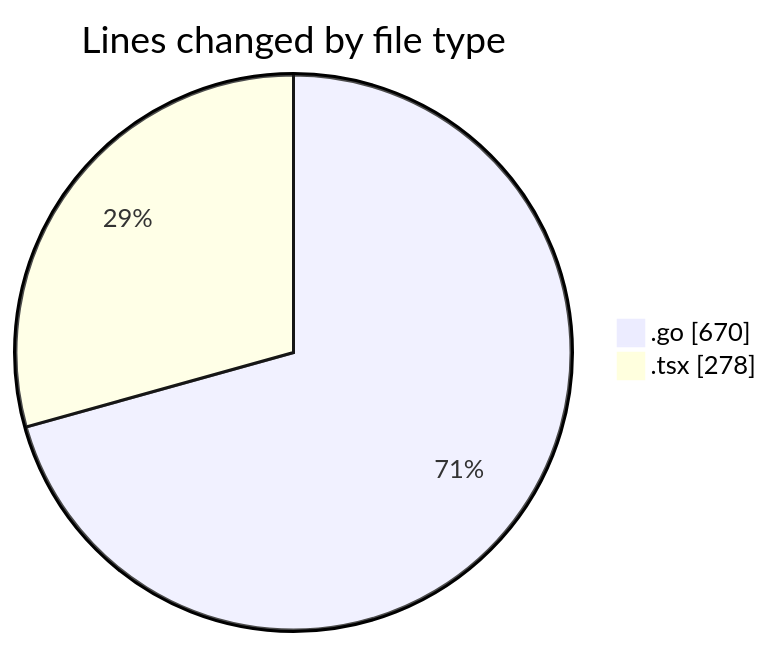
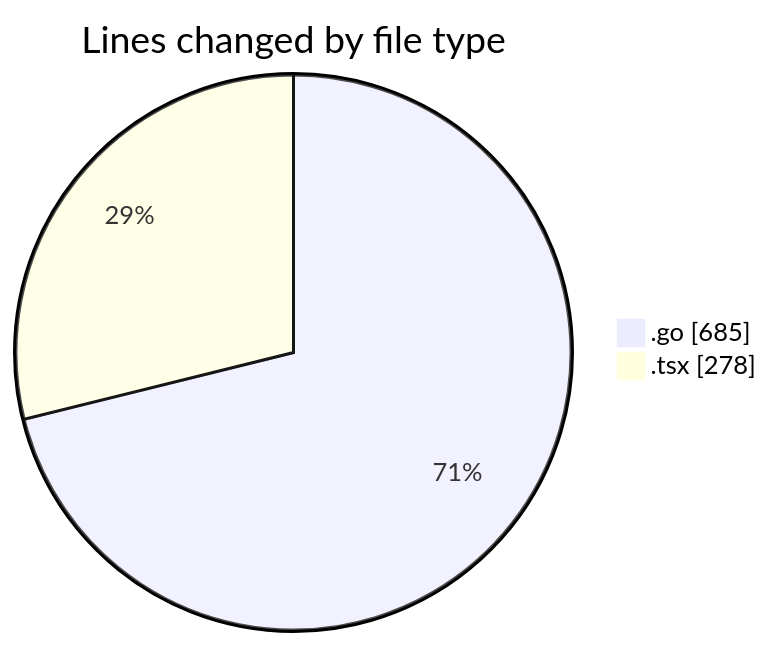
The first of 2 diagrams in 2025-03-01/termonied_testador/README.md (robertbonfada/code-tracking), drawn with Mermaid before and after one commit. The commit also changed other lines of this file and 1 other file, not shown here.

````diff
--- a/2025-03-01/termonied_testador/README.md
+++ b/2025-03-01/termonied_testador/README.md
@@ -28,6 +28,6 @@
 ```mermaid
 pie showData
 title Lines changed by file type
-".go" : 670
+".go" : 685
 ".tsx" : 278
 ```
````
